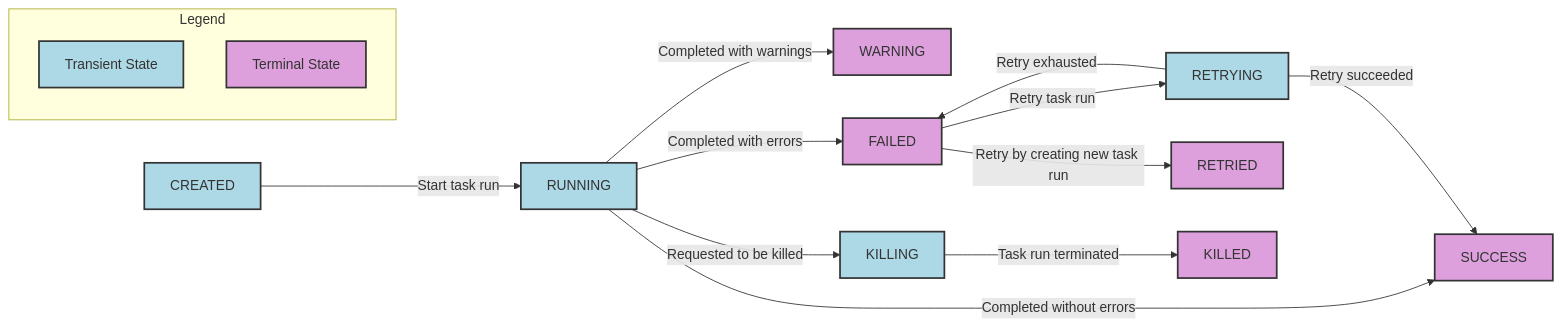
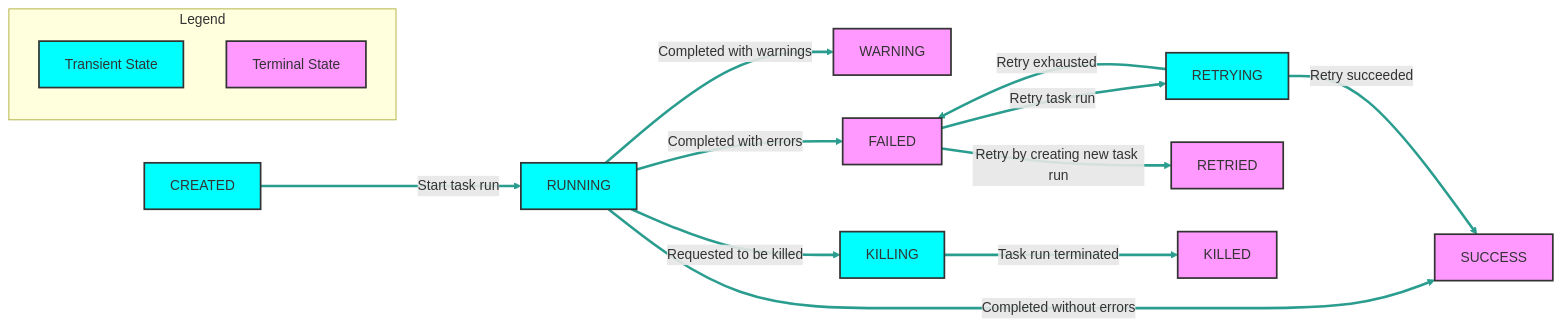
The second of 2 diagrams in content/docs/04.workflow-components/17.states.md (kestra-io/docs), drawn with Mermaid before and after one commit. The commit also changed other lines of this file and 1 other file, not shown here.

Commit message:
docs(ui): Make background color of all mermaid diagrams white or grey so that it displays correctly in dark mode

````diff
--- a/content/docs/04.workflow-components/17.states.md
+++ b/content/docs/04.workflow-components/17.states.md
@@ -105,25 +107,27 @@
 ```mermaid
 graph LR;
-    classDef transient fill:#add8e6,stroke:#333,stroke-width:2px;
-    classDef terminal fill:#dda0dd,stroke:#333,stroke-width:2px;
+    classDef transient fill:#0ff,stroke:#333,stroke-width:2px;
+    classDef terminal fill:#f9f,stroke:#333,stroke-width:2px;
 
     subgraph Legend
         direction TB
         L1[Transient State]:::transient
         L2[Terminal State]:::terminal
     end
 
     A[CREATED] -->| Start task run | B[RUNNING]
     B -->| Completed without errors | C[SUCCESS]
     B -->| Completed with warnings | D[WARNING]
     B -->| Completed with errors | E[FAILED]
     E -->| Retry task run | F[RETRYING]
     F -->| Retry succeeded | C[SUCCESS]
     F -->| Retry exhausted | E[FAILED]
     E -->| Retry by creating new task run | G[RETRIED]
     B -->| Requested to be killed | H[KILLING]
     H -->| Task run terminated | I[KILLED]
 
     class A,B,F,H transient;
     class C,D,E,G,I terminal;
+
+    linkStyle 0,1,2,3,4,5,6,7,8,9 stroke:#2a9d8f, stroke-width:3px;
 ```
````
